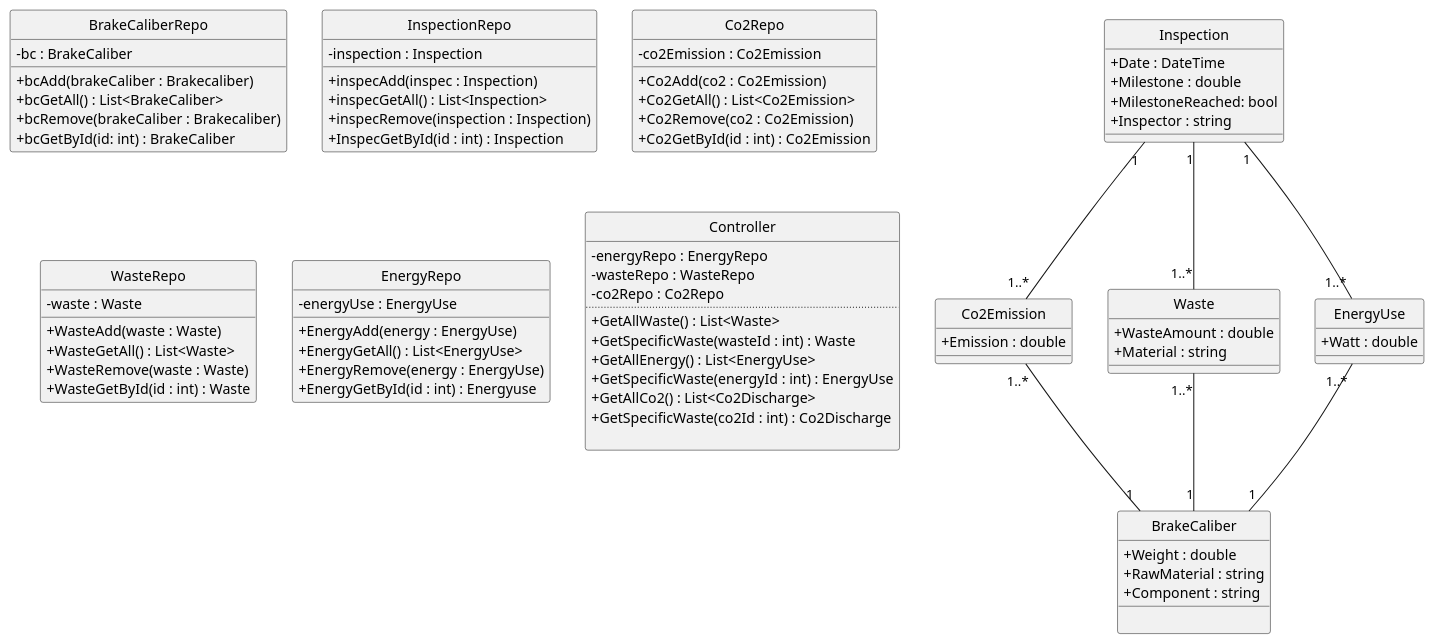
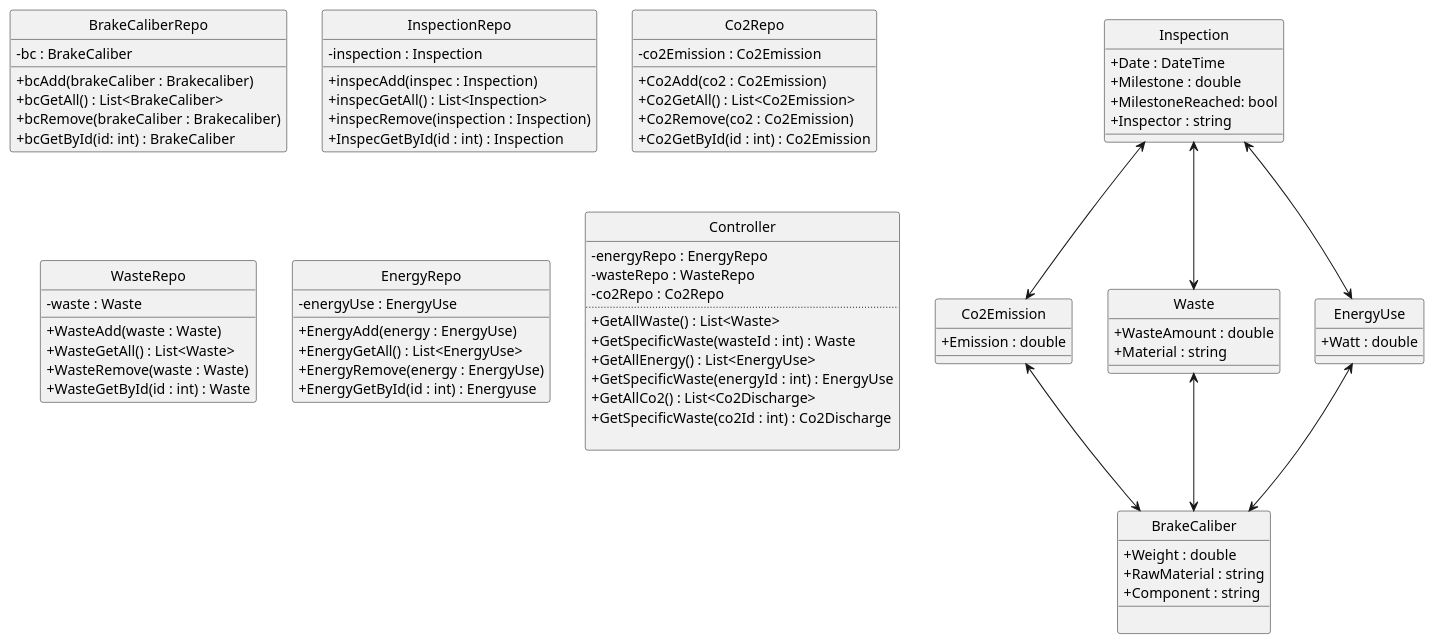
Before and after one commit to FilipMeldal/Team1A: the diagram in Budweg/Artefacts/BudwegDCD.plantuml, drawn with PlantUML.

Commit message:
Fikset multiplicitet på DCD

```diff
--- a/Budweg/Artefacts/BudwegDCD.plantuml
+++ b/Budweg/Artefacts/BudwegDCD.plantuml
@@ -1,115 +1,115 @@
 @startuml
 hide circle
 skinparam classAttributeIconSize 0
 
-Co2Emission "1..*" -- "1" BrakeCaliber
-Waste "1..*" -- "1" BrakeCaliber
-EnergyUse "1..*" -- "1" BrakeCaliber
-Inspection "1" -- "1..*" Co2Emission
-Inspection "1" -- "1..*" Waste
-Inspection "1" -- "1..*" EnergyUse
+Co2Emission  <-->  BrakeCaliber
+Waste      <-->  BrakeCaliber
+EnergyUse  <-->  BrakeCaliber
+Inspection  <-->  Co2Emission
+Inspection  <-->  Waste
+Inspection  <-->  EnergyUse
 
 
 Class BrakeCaliber
 {
     +Weight : double
     +RawMaterial : string
     +Component : string
     __
     
 }
 
 Class Co2Emission 
 {
     +Emission : double
 }
 
 Class Waste
 {
     +WasteAmount : double
     +Material : string
 }
 
 Class EnergyUse
 {
     +Watt : double
 }
 
 Class Inspection
 {
     +Date : DateTime
     +Milestone : double
     +MilestoneReached: bool
     +Inspector : string
 }
 
 Class BrakeCaliberRepo
 {
     -bc : BrakeCaliber
     __
     +bcAdd(brakeCaliber : Brakecaliber)
     +bcGetAll() : List<BrakeCaliber>
     +bcRemove(brakeCaliber : Brakecaliber)   
     +bcGetById(id: int) : BrakeCaliber
 }
 
 Class InspectionRepo
 { 
     -inspection : Inspection
     __
     +inspecAdd(inspec : Inspection)
     +inspecGetAll() : List<Inspection>
     +inspecRemove(inspection : Inspection)
     +InspecGetById(id : int) : Inspection
 }
 
 
 Class Co2Repo
 {
     -co2Emission : Co2Emission
     __
     +Co2Add(co2 : Co2Emission)
     +Co2GetAll() : List<Co2Emission>
     +Co2Remove(co2 : Co2Emission)
     +Co2GetById(id : int) : Co2Emission
 }
 
 Class WasteRepo
 {
     -waste : Waste
     __
     +WasteAdd(waste : Waste)
     +WasteGetAll() : List<Waste>
     +WasteRemove(waste : Waste)
     +WasteGetById(id : int) : Waste
 }
 
 Class EnergyRepo
 {
     -energyUse : EnergyUse
     __
     +EnergyAdd(energy : EnergyUse)
     +EnergyGetAll() : List<EnergyUse>
     +EnergyRemove(energy : EnergyUse)
     +EnergyGetById(id : int) : Energyuse
 }
 
 
 
 
 Class Controller
 {
 -energyRepo : EnergyRepo
 -wasteRepo : WasteRepo
 -co2Repo : Co2Repo
 ..
 +GetAllWaste() : List<Waste>
 +GetSpecificWaste(wasteId : int) : Waste
 +GetAllEnergy() : List<EnergyUse>
 +GetSpecificWaste(energyId : int) : EnergyUse
 +GetAllCo2() : List<Co2Discharge>
 +GetSpecificWaste(co2Id : int) : Co2Discharge
 
 }
 
 @enduml
```
